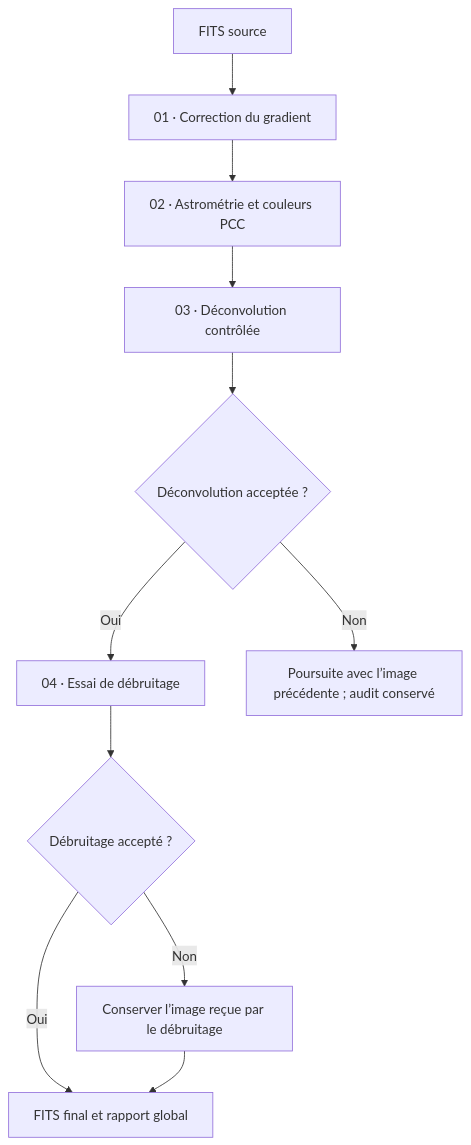
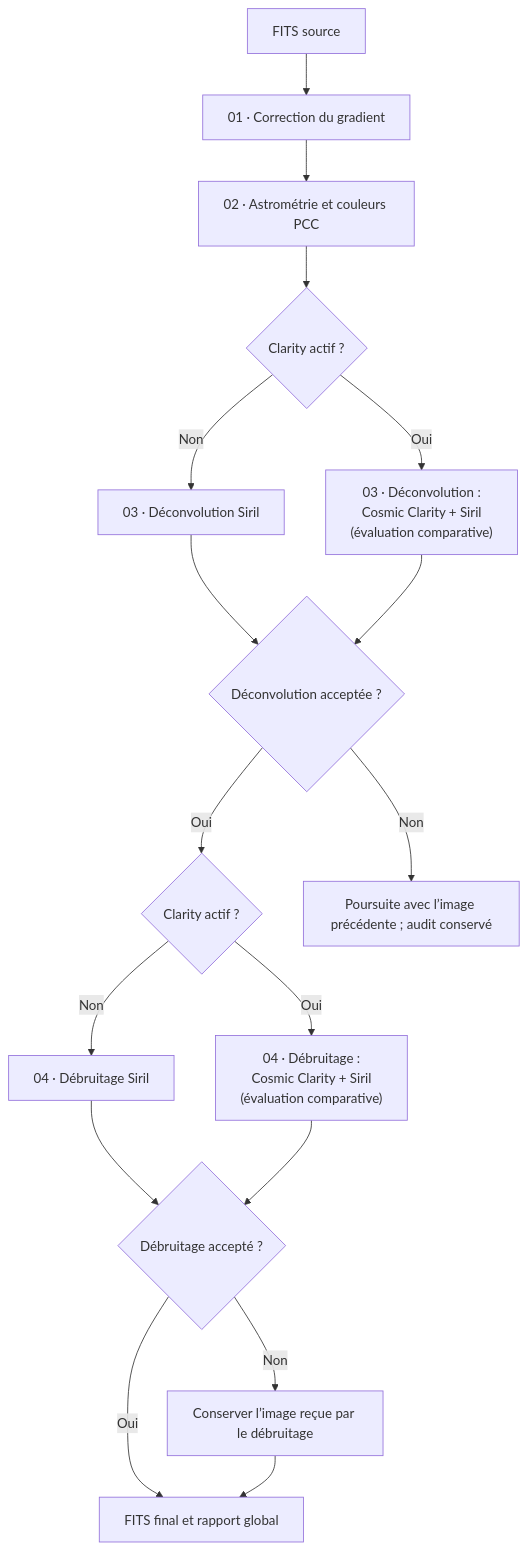
Before and after one commit to dgedgedge/SirilProcessing: the diagram in docs/scripts/postProcess/README.md, drawn with Mermaid. The commit also changed other lines of this file and 13 other files, not shown here.

First line of the commit message:
Compare Siril and Cosmic Clarity restoration candidates and audit adaptive trials

````diff
--- a/docs/scripts/postProcess/README.md
+++ b/docs/scripts/postProcess/README.md
@@ -58,13 +58,19 @@
 ```mermaid
 flowchart TD
     A["FITS source"] --> G["01 · Correction du gradient"]
     G --> P["02 · Astrométrie et couleurs PCC"]
-    P --> D["03 · Déconvolution contrôlée"]
-    D --> V{"Déconvolution acceptée ?"}
-    V -->|Oui| N["04 · Essai de débruitage"]
+    P --> C{"Clarity actif ?"}
+    C -->|Non| D1["03 · Déconvolution Siril"]
+    C -->|Oui| D2["03 · Déconvolution :\nCosmic Clarity + Siril\n(évaluation comparative)"]
+    D1 --> V{"Déconvolution acceptée ?"}
+    D2 --> V
+    V -->|Oui| N0{"Clarity actif ?"}
     V -->|Non| E["Poursuite avec l’image précédente ; audit conservé"]
-    N --> Q{"Débruitage accepté ?"}
+    N0 -->|Non| N1["04 · Débruitage Siril"]
+    N0 -->|Oui| N2["04 · Débruitage :\nCosmic Clarity + Siril\n(évaluation comparative)"]
+    N1 --> Q{"Débruitage accepté ?"}
+    N2 --> Q
     Q -->|Oui| R["FITS final et rapport global"]
     Q -->|Non| O["Conserver l’image reçue par le débruitage"]
     O --> R
 ```
````
